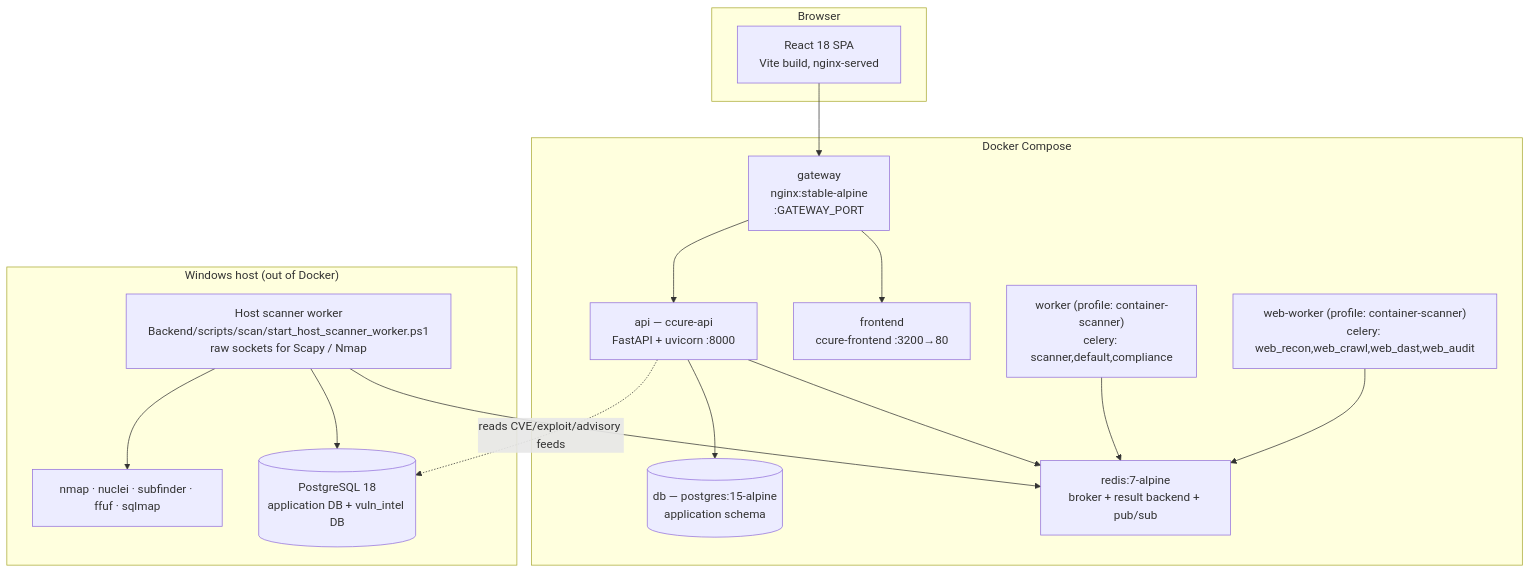
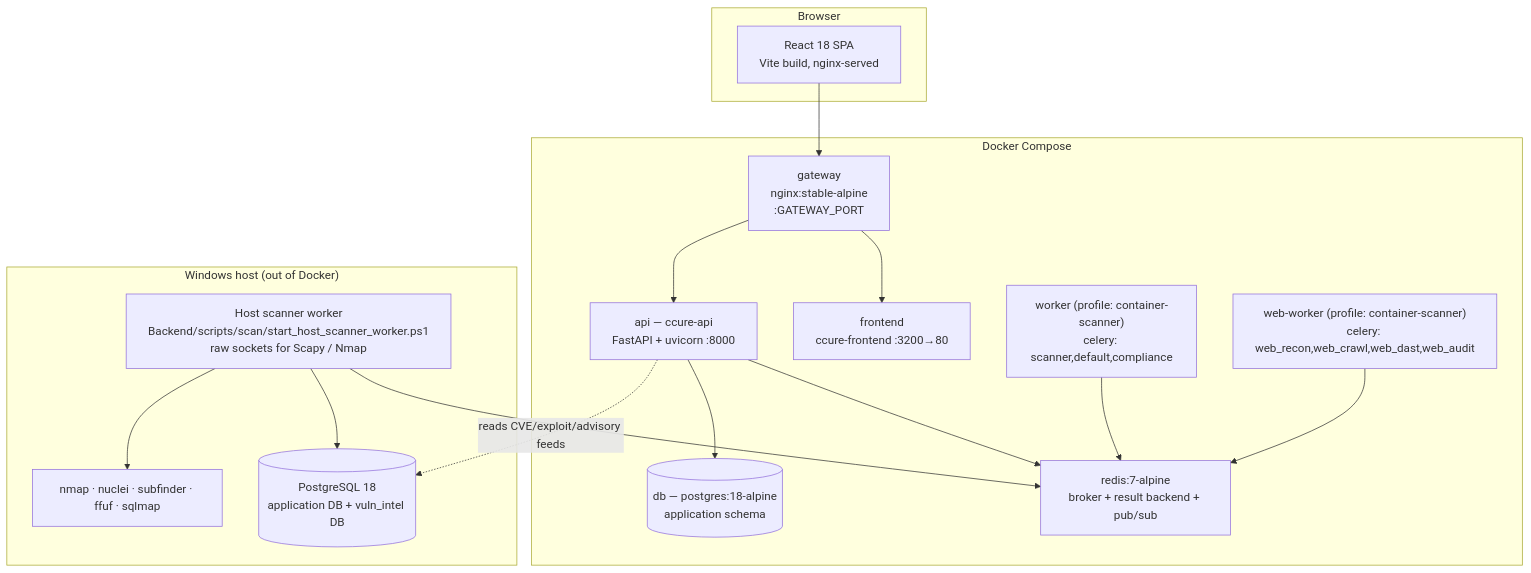
Before and after one commit to pankajkumar2498/CCure-PRO: the first of 6 diagrams in docs/SYSTEM_ARCHITECTURE.md, drawn with Mermaid. The commit also changed other lines of this file and 9 other files, not shown here.

````diff
--- a/docs/SYSTEM_ARCHITECTURE.md
+++ b/docs/SYSTEM_ARCHITECTURE.md
@@ -35,34 +37,34 @@
 ```mermaid
 graph TB
     subgraph Browser
         SPA["React 18 SPA<br/>Vite build, nginx-served"]
     end
 
     subgraph "Docker Compose"
         GW["gateway<br/>nginx:stable-alpine<br/>:GATEWAY_PORT"]
         FE["frontend<br/>ccure-frontend :3200→80"]
         API["api — ccure-api<br/>FastAPI + uvicorn :8000"]
         WRK["worker (profile: container-scanner)<br/>celery: scanner,default,compliance"]
         WEB["web-worker (profile: container-scanner)<br/>celery: web_recon,web_crawl,web_dast,web_audit"]
         RDS["redis:7-alpine<br/>broker + result backend + pub/sub"]
-        DB[("db — postgres:15-alpine<br/>application schema")]
+        DB[("db — postgres:18-alpine<br/>application schema")]
     end
 
     subgraph "Windows host (out of Docker)"
         HW["Host scanner worker<br/>Backend/scripts/scan/start_host_scanner_worker.ps1<br/>raw sockets for Scapy / Nmap"]
         PG[("PostgreSQL 18<br/>application DB + vuln_intel DB")]
         TOOLS["nmap · nuclei · subfinder · ffuf · sqlmap"]
     end
 
     SPA --> GW
     GW --> FE
     GW --> API
     API --> RDS
     API --> DB
     WRK --> RDS
     WEB --> RDS
     HW --> RDS
     HW --> PG
     HW --> TOOLS
     API -.->|"reads CVE/exploit/advisory feeds"| PG
 ```
````
